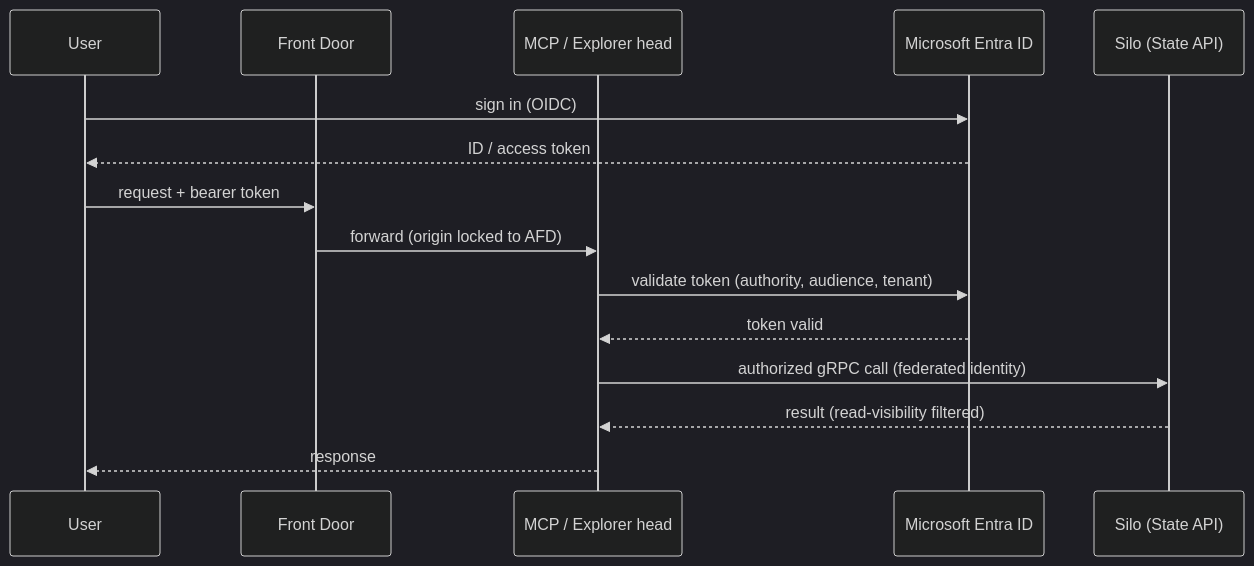
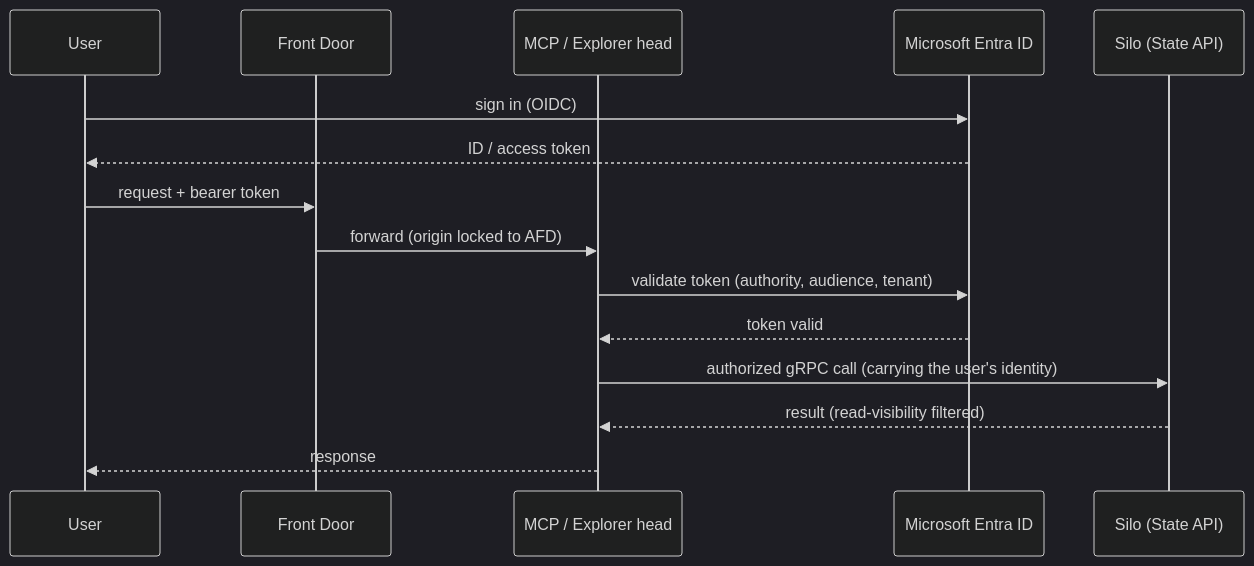
One commit to NSTA1/Orleans.Lattice changed the seventh of 7 diagrams in reference-architecture.md. Above: the diagram before and after it, drawn with Mermaid (dark theme). The commit also changed other lines of this file and 448 other files, not shown here.

````diff
--- a/reference-architecture.md
+++ b/reference-architecture.md
@@ -450,17 +463,17 @@
 ```mermaid
 sequenceDiagram
     participant User
     participant AFD as Front Door
     participant Head as MCP / Explorer head
     participant Entra as Microsoft Entra ID
     participant Silo as Silo (State API)
     User->>Entra: sign in (OIDC)
     Entra-->>User: ID / access token
     User->>AFD: request + bearer token
     AFD->>Head: forward (origin locked to AFD)
     Head->>Entra: validate token (authority, audience, tenant)
     Entra-->>Head: token valid
-    Head->>Silo: authorized gRPC call (federated identity)
+    Head->>Silo: authorized gRPC call (carrying the user's identity)
     Silo-->>Head: result (read-visibility filtered)
     Head-->>User: response
 ```
````
